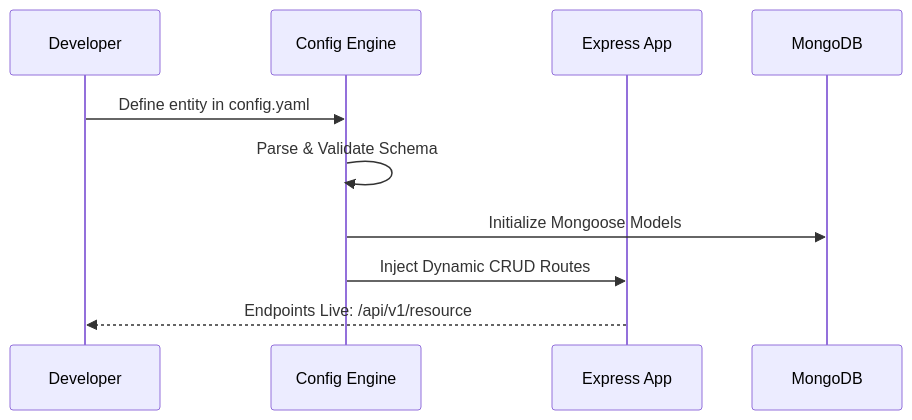
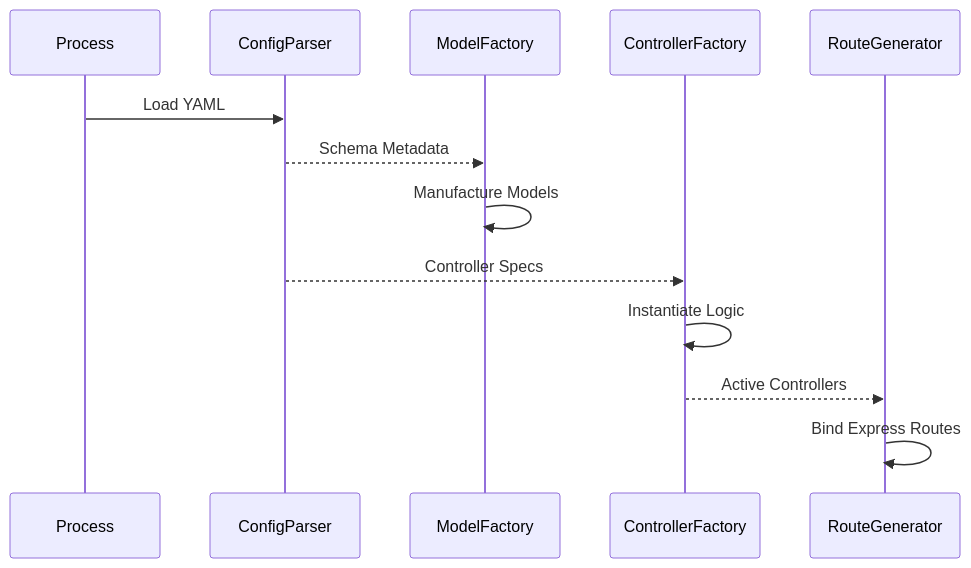
Before and after one commit to MOHITKOURAV01/AutoCRUD.js: the first of 2 diagrams in README.md, drawn with Mermaid. The commit also changed other lines of this file, not shown here.

````diff
--- a/README.md
+++ b/README.md
@@ -44,13 +132,16 @@
 ```mermaid
 sequenceDiagram
-    participant Dev as Developer
-    participant Parser as Config Engine
-    participant App as Express App
-    participant DB as MongoDB
-
-    Dev->>Parser: Define entity in config.yaml
-    Parser->>Parser: Parse & Validate Schema
-    Parser->>DB: Initialize Mongoose Models
-    Parser->>App: Inject Dynamic CRUD Routes
-    App-->>Dev: Endpoints Live: /api/v1/resource
+    participant OS as Process
+    participant CP as ConfigParser
+    participant MF as ModelFactory
+    participant CF as ControllerFactory
+    participant RG as RouteGenerator
+    
+    OS->>CP: Load YAML
+    CP-->>MF: Schema Metadata
+    MF->>MF: Manufacture Models
+    CP-->>CF: Controller Specs
+    CF->>CF: Instantiate Logic
+    CF-->>RG: Active Controllers
+    RG->>RG: Bind Express Routes
 ```
````
